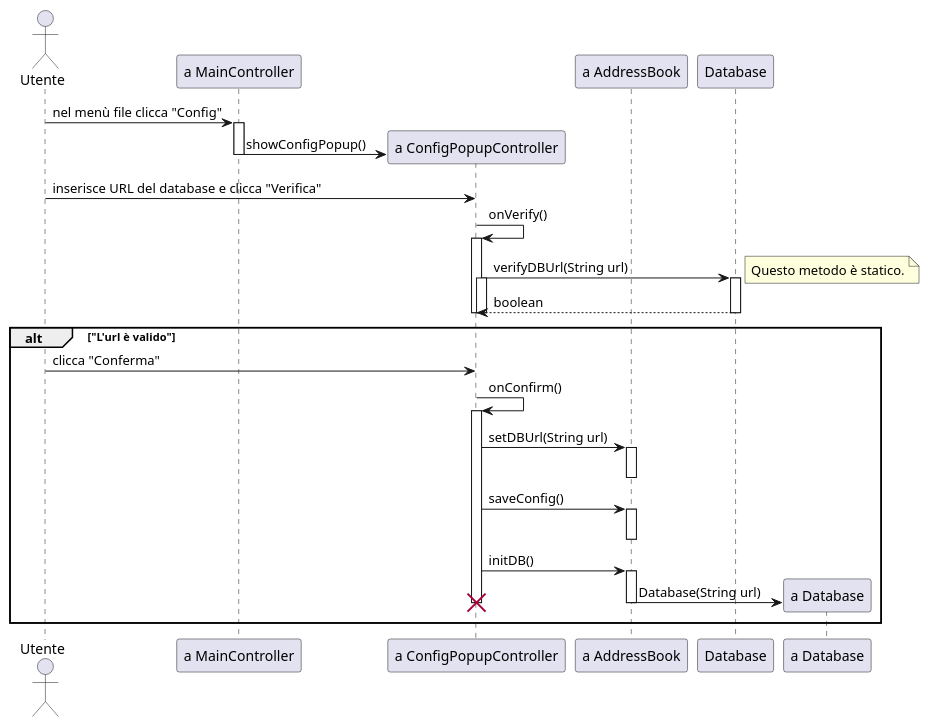
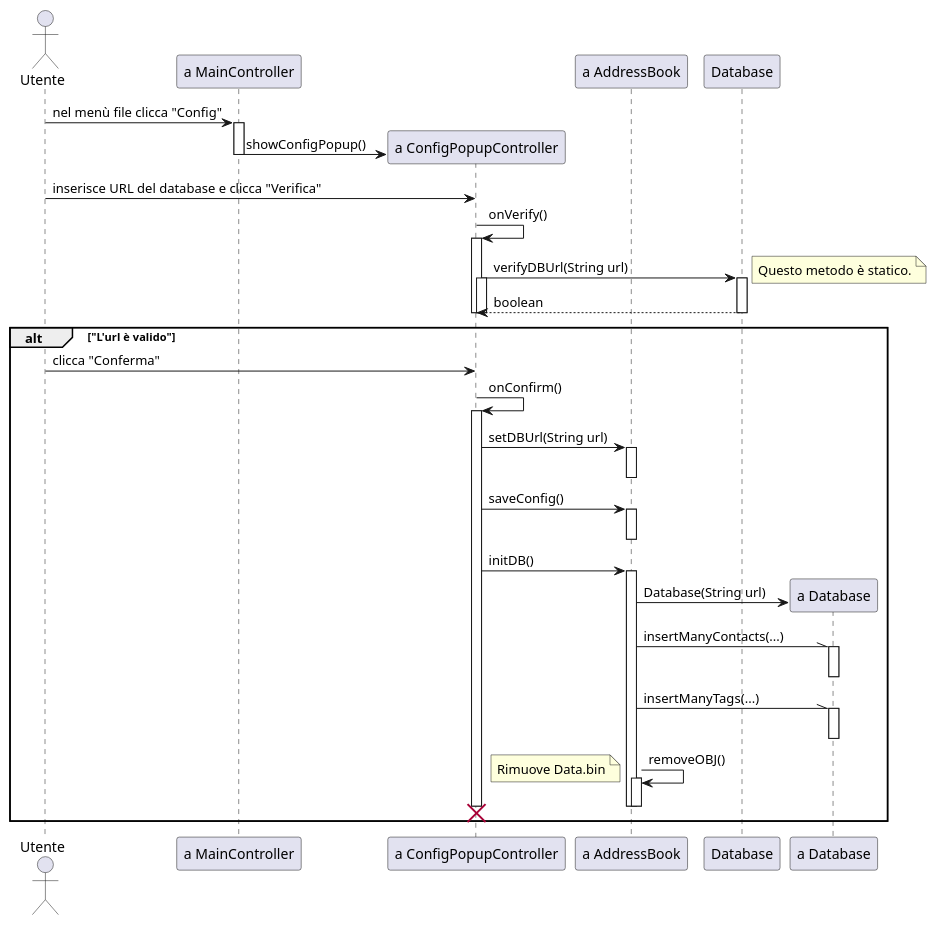
One commit to savaava/ProgettoRubrica changed the diagram in documenti/diagrammaSequenzaAggiuntaDB.puml. Above: the diagram before and after it, drawn with PlantUML. The commit also changed 3 other files, not shown here.

Commit message:
update diagrammi classi e sequenza

```diff
--- a/documenti/diagrammaSequenzaAggiuntaDB.puml
+++ b/documenti/diagrammaSequenzaAggiuntaDB.puml
@@ -1,43 +1,59 @@
 @startuml Aggiunta Database
 actor Utente as u
 participant "a MainController" as mc
 participant "a ConfigPopupController" as cpc
 participant "a AddressBook" as ab
 participant "Database" as sd
 participant "a Database" as d
 
 u -> mc : nel menù file clicca "Config"
 activate mc
 mc -> cpc ** : showConfigPopup()
 deactivate mc
 u -> cpc : inserisce URL del database e clicca "Verifica"
 cpc -> cpc : onVerify()
 activate cpc
 cpc -> sd : verifyDBUrl(String url)
 note right
     Questo metodo è statico.
 end note
 activate cpc
 activate sd
 sd --> cpc : boolean
 deactivate sd
 deactivate cpc
 deactivate cpc
 alt "L'url è valido"
     u -> cpc : clicca "Conferma"
     cpc -> cpc : onConfirm()
     activate cpc
     cpc -> ab : setDBUrl(String url)
     activate ab
     deactivate ab
     cpc -> ab : saveConfig()
     activate ab
     deactivate ab
     cpc -> ab : initDB()
     activate ab
     ab -> d ** : Database(String url)
+
+    ab -\\ d : insertManyContacts(...)
+    activate d
+    deactivate d
+
+    ab -\\ d : insertManyTags(...)
+    activate d
+    deactivate d
+
+    ab -> ab : removeOBJ()
+    activate ab
+    deactivate ab
+    note left
+    Rimuove Data.bin
+    end note
+
     deactivate ab
     deactivate cpc
     destroy cpc
 end
 @enduml
```
